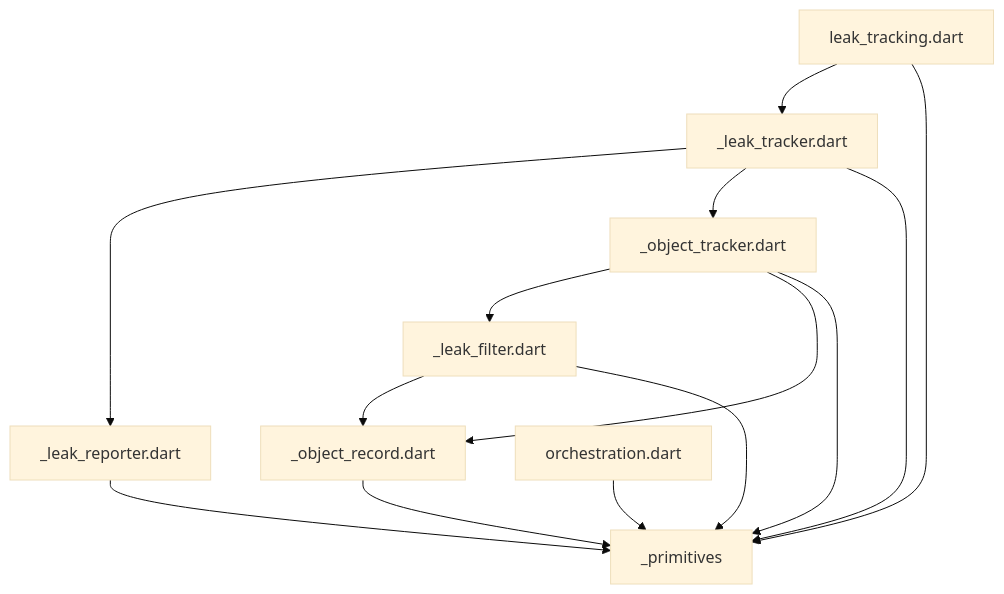
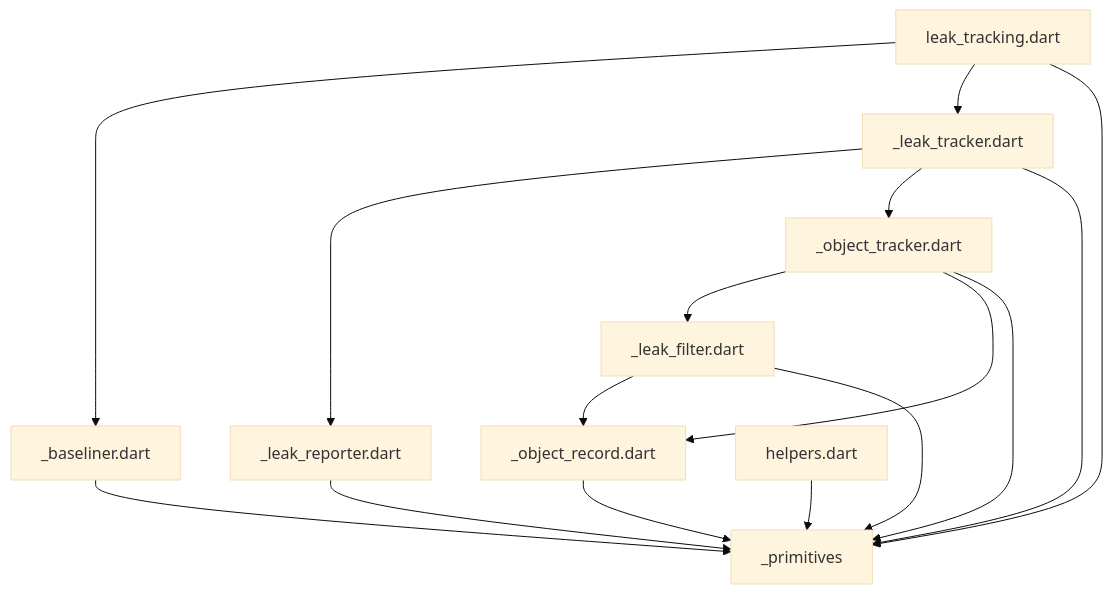
Before and after one commit to dart-lang/leak_tracker: the diagram in pkgs/leak_tracker/lib/src/leak_tracking/DEPENDENCIES.md, drawn with Mermaid (base theme). The commit also changed 21 other files, not shown here.

````diff
--- a/pkgs/leak_tracker/lib/src/leak_tracking/DEPENDENCIES.md
+++ b/pkgs/leak_tracker/lib/src/leak_tracking/DEPENDENCIES.md
@@ -6,16 +6,18 @@
 ```mermaid
 flowchart TD;
+_baseliner.dart-->_primitives;
 _leak_filter.dart-->_object_record.dart;
 _leak_filter.dart-->_primitives;
 _leak_reporter.dart-->_primitives;
 _leak_tracker.dart-->_leak_reporter.dart;
 _leak_tracker.dart-->_object_tracker.dart;
 _leak_tracker.dart-->_primitives;
 _object_record.dart-->_primitives;
 _object_tracker.dart-->_leak_filter.dart;
 _object_tracker.dart-->_object_record.dart;
 _object_tracker.dart-->_primitives;
+helpers.dart-->_primitives;
+leak_tracking.dart-->_baseliner.dart;
 leak_tracking.dart-->_leak_tracker.dart;
 leak_tracking.dart-->_primitives;
-orchestration.dart-->_primitives;
 ```
````
